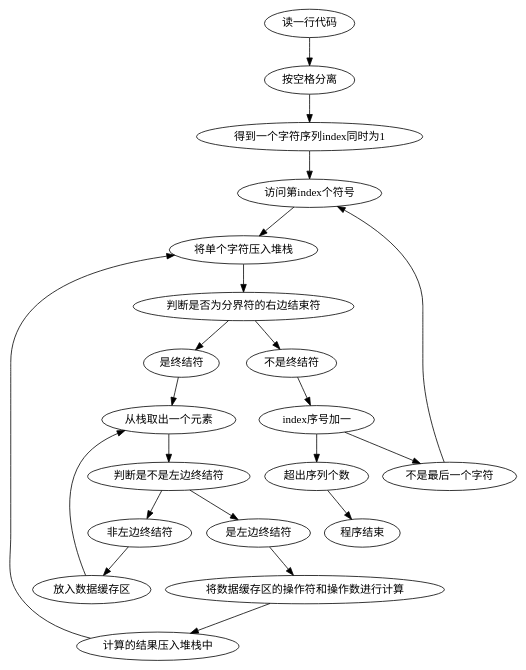
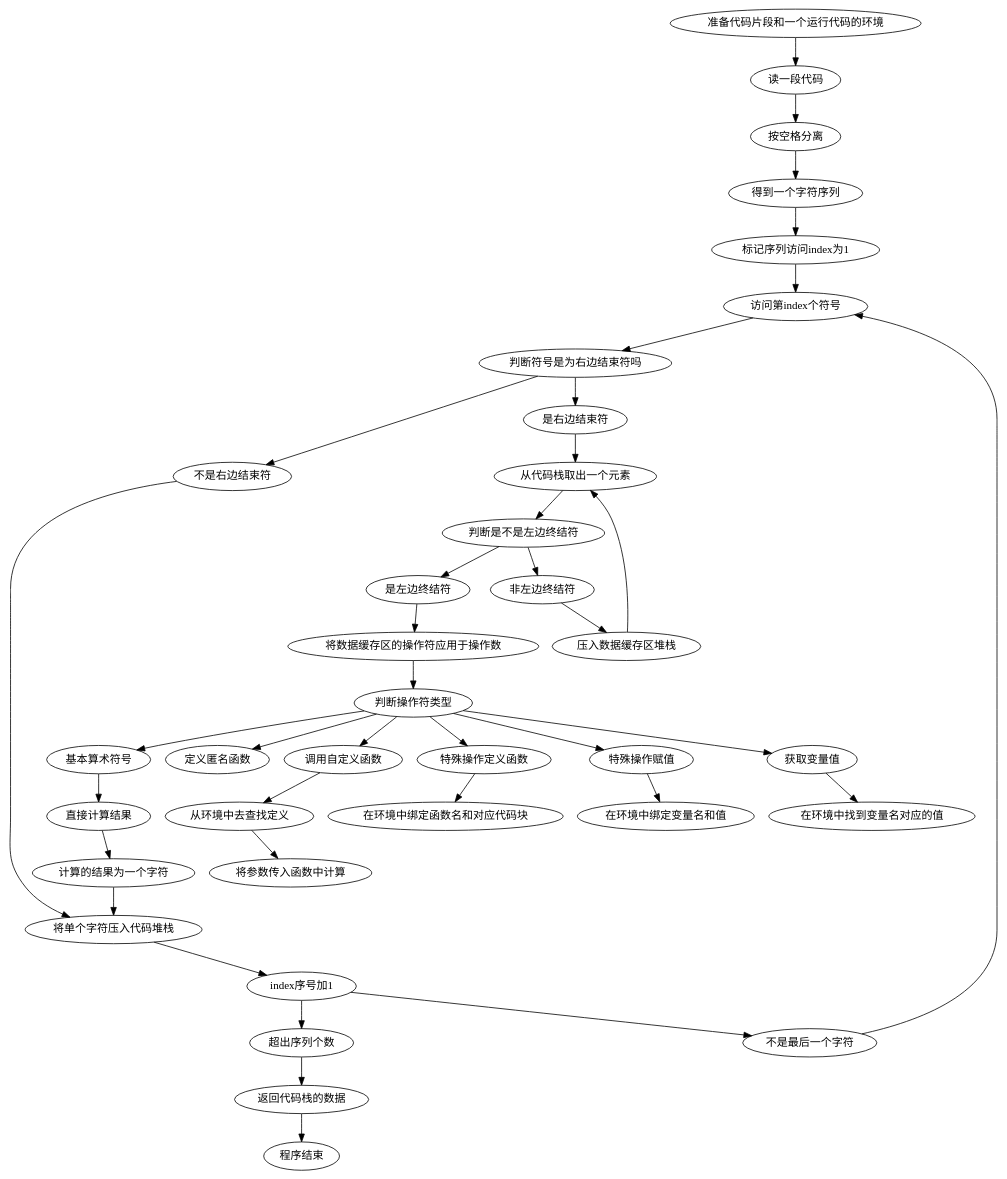
Before and after one commit to TLGK123/ReaktorEnginePre-Alpha: the diagram in Book/过程/test.dot, drawn with Graphviz.

Commit message:
更加详细的解释模型

```diff
--- a/Book/过程/test.dot
+++ b/Book/过程/test.dot
@@ -1,23 +1,31 @@
 digraph graphname {
-    读一行代码 -> 按空格分离
-    按空格分离 -> 得到一个字符序列index同时为1
-    得到一个字符序列index同时为1 -> 访问第index个符号
-    访问第index个符号 -> 将单个字符压入堆栈;
-    将单个字符压入堆栈 -> 判断是否为分界符的右边结束符
-    判断是否为分界符的右边结束符 -> 不是终结符
-    判断是否为分界符的右边结束符 -> 是终结符
-    不是终结符 -> index序号加一
-    index序号加一 -> 超出序列个数
-    index序号加一 -> 不是最后一个字符
+    准备代码片段和一个运行代码的环境 ->读一段代码
+    读一段代码 -> 按空格分离
+    按空格分离 -> 得到一个字符序列
+    得到一个字符序列->标记序列访问index为1 -> 访问第index个符号
+    访问第index个符号 -> 判断符号是为右边结束符吗
+    判断符号是为右边结束符吗 -> 不是右边结束符
+    判断符号是为右边结束符吗 -> 是右边结束符
+    不是右边结束符 -> 将单个字符压入代码堆栈 -> index序号加1
+    index序号加1 -> 超出序列个数
+    index序号加1 -> 不是最后一个字符
     不是最后一个字符 -> 访问第index个符号
-    是终结符-> 从栈取出一个元素
-    从栈取出一个元素 -> 判断是不是左边终结符
+    是右边结束符-> 从代码栈取出一个元素
+    从代码栈取出一个元素 -> 判断是不是左边终结符
     判断是不是左边终结符 -> 是左边终结符
     判断是不是左边终结符 -> 非左边终结符
-    是左边终结符 -> 将数据缓存区的操作符和操作数进行计算
-    非左边终结符 -> 放入数据缓存区
-    将数据缓存区的操作符和操作数进行计算 -> 计算的结果压入堆栈中
-    计算的结果压入堆栈中 -> 将单个字符压入堆栈
-    放入数据缓存区 -> 从栈取出一个元素
-    超出序列个数 -> 程序结束
+    是左边终结符 -> 将数据缓存区的操作符应用于操作数
+    非左边终结符 -> 压入数据缓存区堆栈
+    计算的结果为一个字符 -> 将单个字符压入代码堆栈
+    压入数据缓存区堆栈 -> 从代码栈取出一个元素
+    超出序列个数 -> 返回代码栈的数据 -> 程序结束
+    将数据缓存区的操作符应用于操作数 -> 判断操作符类型 
+    判断操作符类型 -> 基本算术符号 -> 直接计算结果 -> 计算的结果为一个字符
+    判断操作符类型 -> 定义匿名函数
+    判断操作符类型 -> 调用自定义函数 -> 从环境中去查找定义 -> 将参数传入函数中计算
+    判断操作符类型 -> 特殊操作定义函数 -> 在环境中绑定函数名和对应代码块
+    判断操作符类型 -> 特殊操作赋值 -> 在环境中绑定变量名和值
+    判断操作符类型 -> 获取变量值 -> 在环境中找到变量名对应的值
+
+
 }
```
